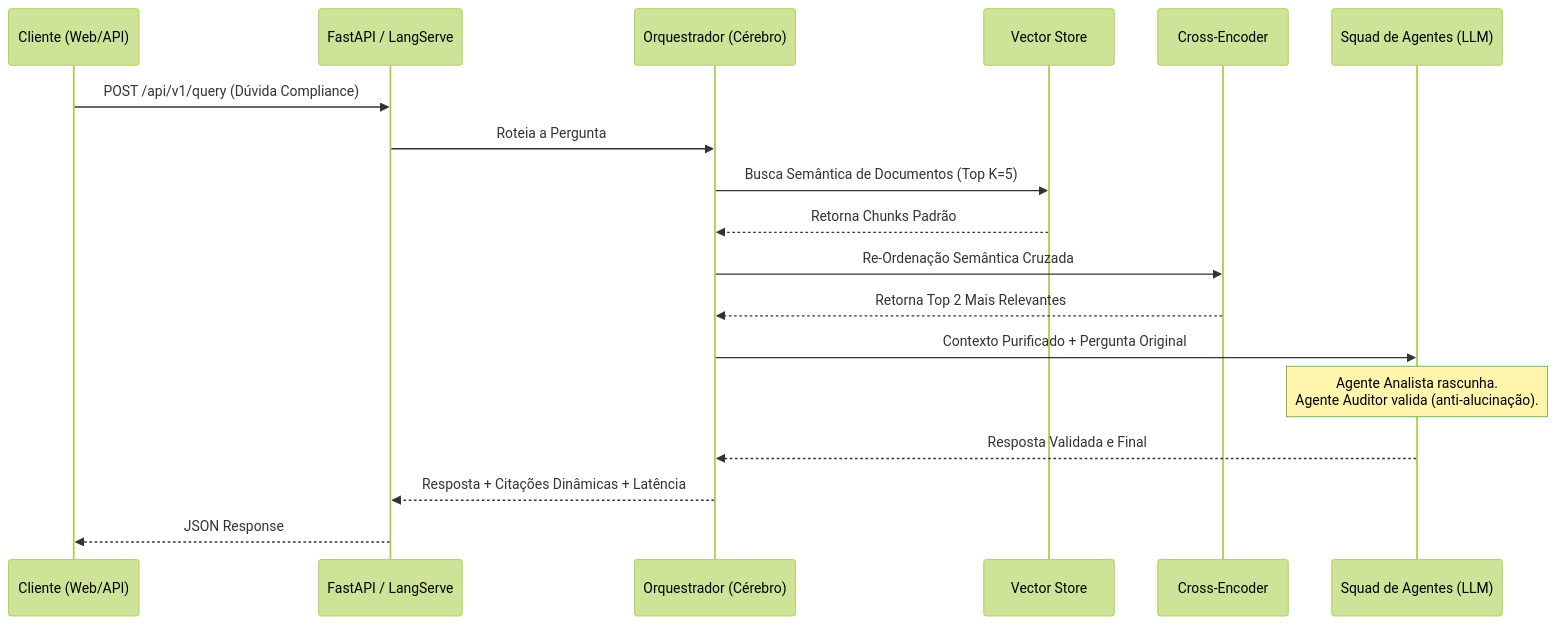
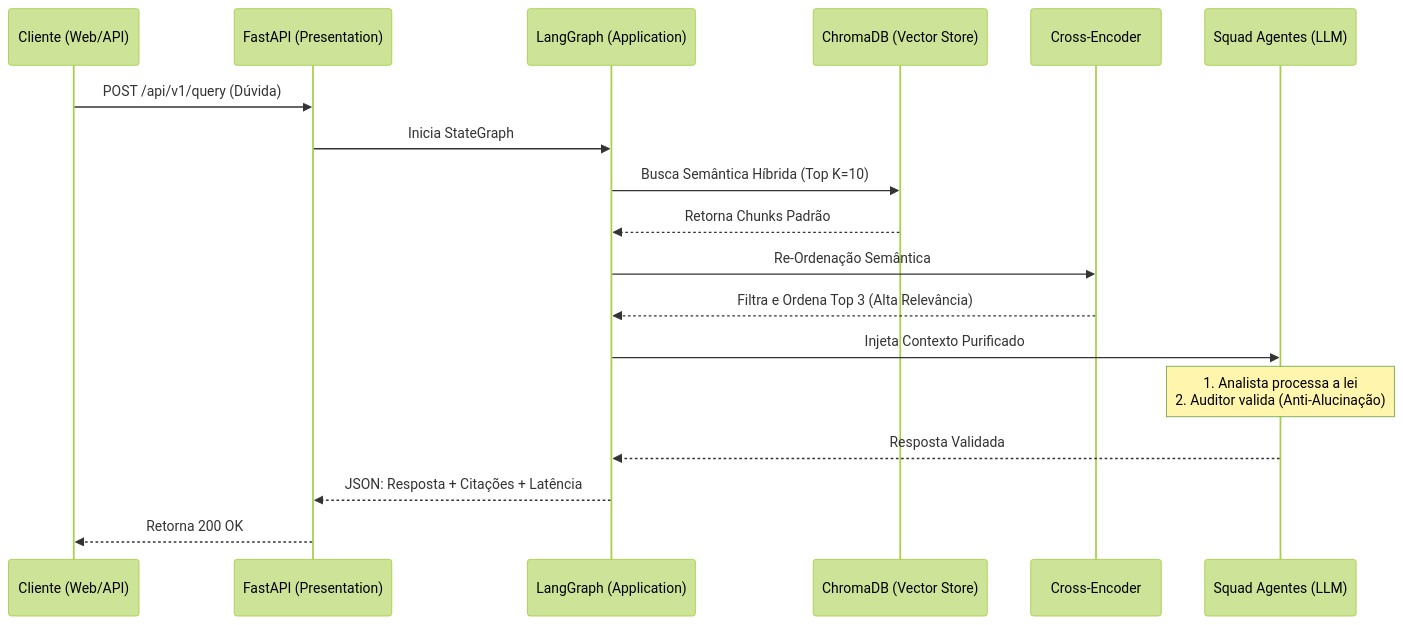
One commit to MarcelDevBr/bacen-compliance-rag-agent changed the diagram in README.md. Above: the diagram before and after it, drawn with Mermaid (forest theme). The commit also changed other lines of this file and 1 other file, not shown here.

Commit message:
docs: update project README with DDD architecture details and update Dockerfile maintainer metadata

````diff
--- a/README.md
+++ b/README.md
@@ -20,21 +54,21 @@
 ```mermaid
 sequenceDiagram
     participant User as Cliente (Web/API)
-    participant API as FastAPI / LangServe
-    participant LangGraph as Orquestrador (Cérebro)
-    participant ChromaDB as Vector Store
+    participant API as FastAPI (Presentation)
+    participant Orchestrator as LangGraph (Application)
+    participant DB as ChromaDB (Vector Store)
     participant ReRanker as Cross-Encoder
-    participant CrewAI as Squad de Agentes (LLM)
+    participant CrewAI as Squad Agentes (LLM)
 
-    User->>API: POST /api/v1/query (Dúvida Compliance)
-    API->>LangGraph: Roteia a Pergunta
-    LangGraph->>ChromaDB: Busca Semântica de Documentos (Top K=5)
-    ChromaDB-->>LangGraph: Retorna Chunks Padrão
-    LangGraph->>ReRanker: Re-Ordenação Semântica Cruzada
-    ReRanker-->>LangGraph: Retorna Top 2 Mais Relevantes
-    LangGraph->>CrewAI: Contexto Purificado + Pergunta Original
-    Note over CrewAI: Agente Analista rascunha.<br/>Agente Auditor valida (anti-alucinação).
-    CrewAI-->>LangGraph: Resposta Validada e Final
-    LangGraph-->>API: Resposta + Citações Dinâmicas + Latência
-    API-->>User: JSON Response
+    User->>API: POST /api/v1/query (Dúvida)
+    API->>Orchestrator: Inicia StateGraph
+    Orchestrator->>DB: Busca Semântica Híbrida (Top K=10)
+    DB-->>Orchestrator: Retorna Chunks Padrão
+    Orchestrator->>ReRanker: Re-Ordenação Semântica
+    ReRanker-->>Orchestrator: Filtra e Ordena Top 3 (Alta Relevância)
+    Orchestrator->>CrewAI: Injeta Contexto Purificado
+    Note over CrewAI: 1. Analista processa a lei<br/>2. Auditor valida (Anti-Alucinação)
+    CrewAI-->>Orchestrator: Resposta Validada
+    Orchestrator-->>API: JSON: Resposta + Citações + Latência
+    API-->>User: Retorna 200 OK
 ```
````
